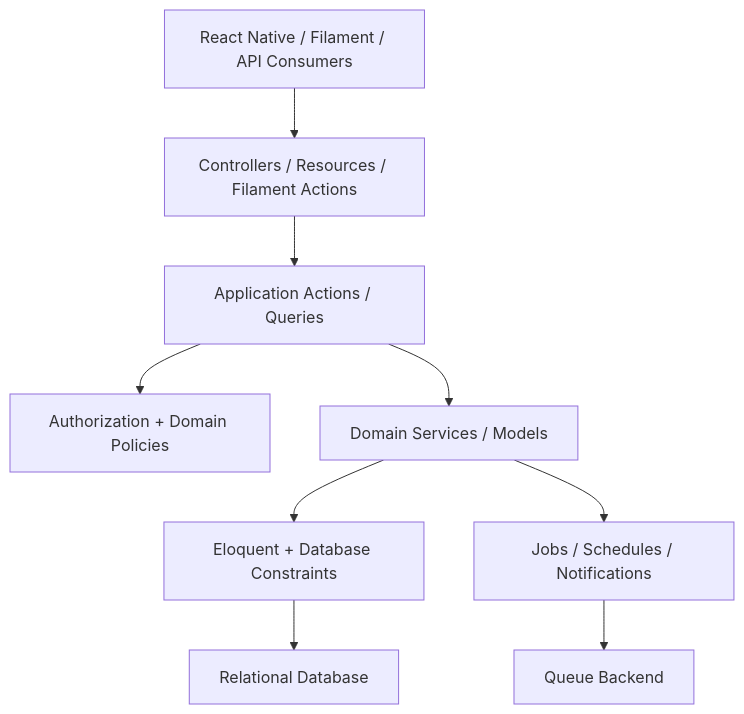
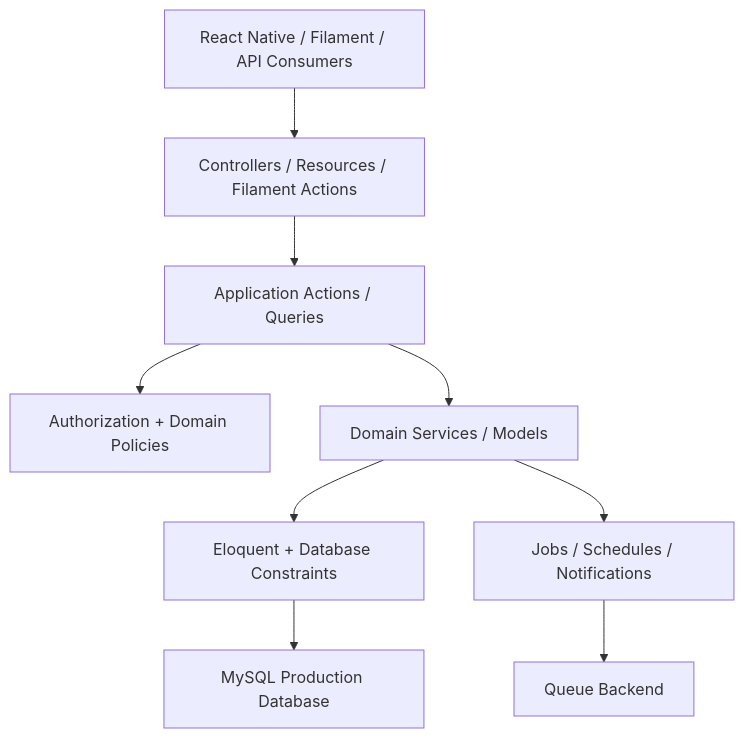
One commit to MustafaFares445/UperTib changed the second of 3 diagrams in docs/architecture/SYSTEM_ARCHITECTURE.md. Above: the diagram before and after it, drawn with Mermaid. The commit also changed other lines of this file, not shown here.

Commit message:
docs: align system architecture with MySQL production baseline

````diff
--- a/docs/architecture/SYSTEM_ARCHITECTURE.md
+++ b/docs/architecture/SYSTEM_ARCHITECTURE.md
@@ -145,11 +145,11 @@
 ```mermaid
 flowchart TD
     CLIENTS["React Native / Filament / API Consumers"] --> ADAPTERS["Controllers / Resources / Filament Actions"]
     ADAPTERS --> APPLICATION["Application Actions / Queries"]
     APPLICATION --> AUTHZ["Authorization + Domain Policies"]
     APPLICATION --> DOMAIN["Domain Services / Models"]
     DOMAIN --> DATA["Eloquent + Database Constraints"]
     DOMAIN --> ASYNC["Jobs / Schedules / Notifications"]
-    DATA --> DB["Relational Database"]
+    DATA --> DB["MySQL Production Database"]
     ASYNC --> QUEUE["Queue Backend"]
 ```
````
